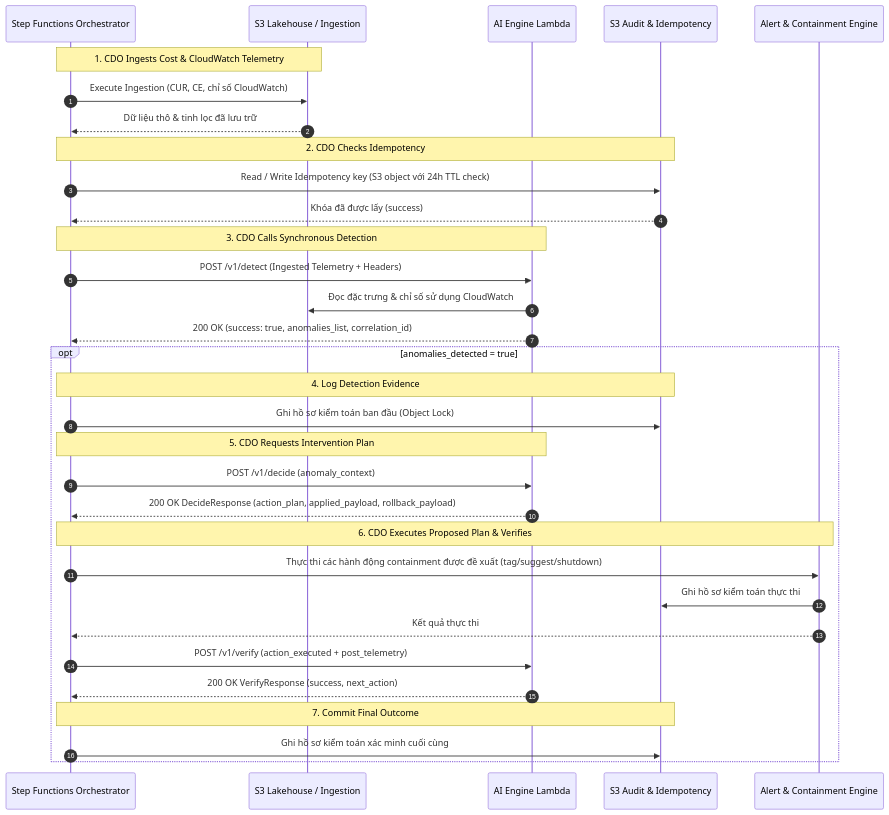
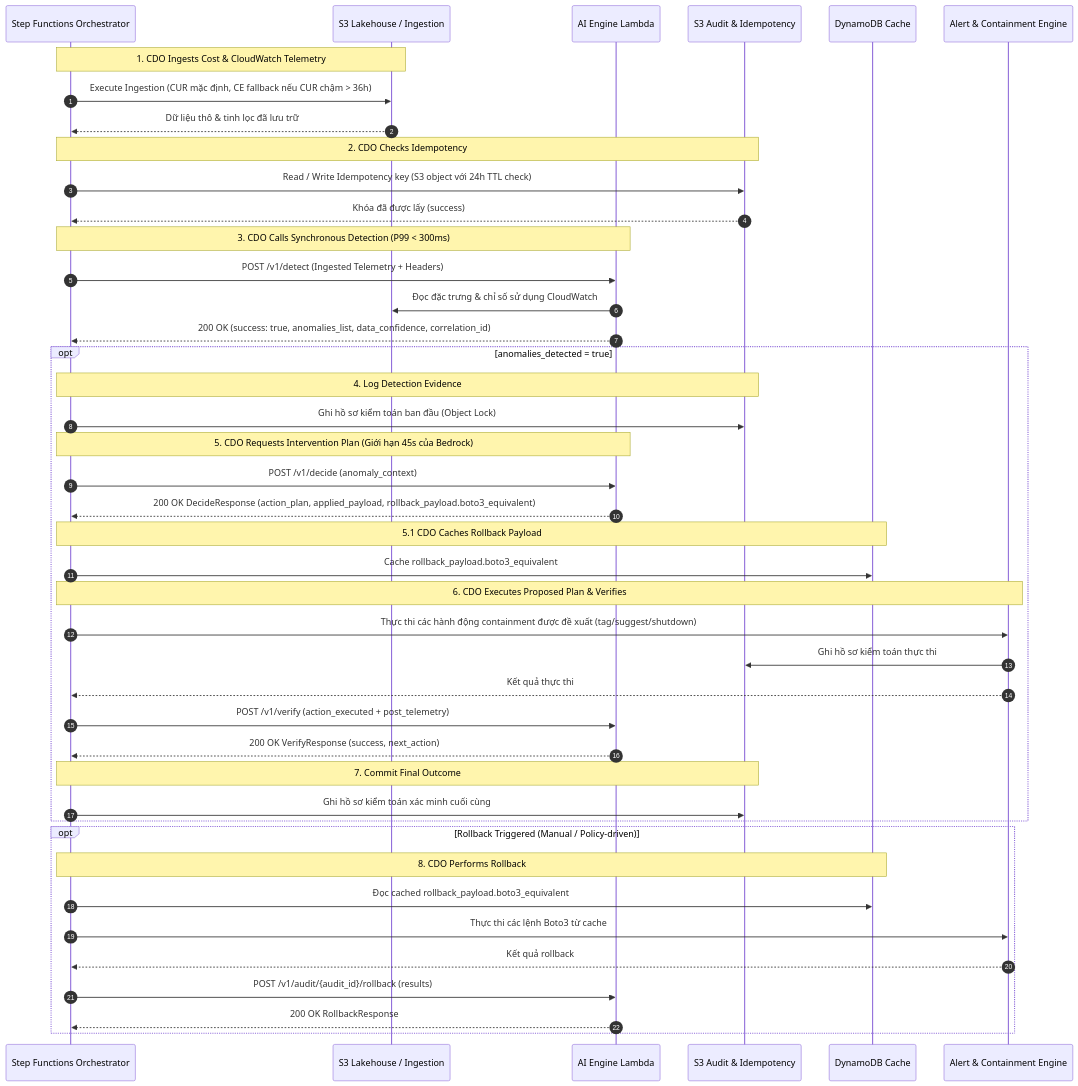
Before and after one commit to hungxqt/tf2-finops-docs: the sixth of 6 diagrams in docs/tf2-finops/02_infra_design_vi.md, drawn with Mermaid. The commit also changed other lines of this file and 24 other files, not shown here.

````diff
--- a/docs/tf2-finops/02_infra_design_vi.md
+++ b/docs/tf2-finops/02_infra_design_vi.md
@@ -264,42 +269,55 @@
 ```mermaid
 sequenceDiagram
     autonumber
     participant SF as Step Functions Orchestrator
     participant Lake as S3 Lakehouse / Ingestion
     participant AI as AI Engine Lambda
     participant S3 as S3 Audit & Idempotency
+    participant DDB as DynamoDB Cache
     participant Cont as Alert & Containment Engine
 
     Note over SF, Lake: 1. CDO Ingests Cost & CloudWatch Telemetry
-    SF->>Lake: Execute Ingestion (CUR, CE, chỉ số CloudWatch)
+    SF->>Lake: Execute Ingestion (CUR mặc định, CE fallback nếu CUR chậm > 36h)
     Lake-->>SF: Dữ liệu thô & tinh lọc đã lưu trữ
     
     Note over SF, S3: 2. CDO Checks Idempotency
     SF->>S3: Read / Write Idempotency key (S3 object với 24h TTL check)
     S3-->>SF: Khóa đã được lấy (success)
     
-    Note over SF, AI: 3. CDO Calls Synchronous Detection
+    Note over SF, AI: 3. CDO Calls Synchronous Detection (P99 < 300ms)
     SF->>AI: POST /v1/detect (Ingested Telemetry + Headers)
     AI->>Lake: Đọc đặc trưng & chỉ số sử dụng CloudWatch
-    AI-->>SF: 200 OK (success: true, anomalies_list, correlation_id)
+    AI-->>SF: 200 OK (success: true, anomalies_list, data_confidence, correlation_id)
     
     opt anomalies_detected = true
         Note over SF, S3: 4. Log Detection Evidence
         SF->>S3: Ghi hồ sơ kiểm toán ban đầu (Object Lock)
         
-        Note over SF, AI: 5. CDO Requests Intervention Plan
+        Note over SF, AI: 5. CDO Requests Intervention Plan (Giới hạn 45s của Bedrock)
         SF->>AI: POST /v1/decide (anomaly_context)
-        AI-->>SF: 200 OK DecideResponse (action_plan, applied_payload, rollback_payload)
+        AI-->>SF: 200 OK DecideResponse (action_plan, applied_payload, rollback_payload.boto3_equivalent)
+        
+        Note over SF, DDB: 5.1 CDO Caches Rollback Payload
+        SF->>DDB: Cache rollback_payload.boto3_equivalent
         
         Note over SF, Cont: 6. CDO Executes Proposed Plan & Verifies
         SF->>Cont: Thực thi các hành động containment được đề xuất (tag/suggest/shutdown)
         Cont->>S3: Ghi hồ sơ kiểm toán thực thi
         Cont-->>SF: Kết quả thực thi
         
         SF->>AI: POST /v1/verify (action_executed + post_telemetry)
         AI-->>SF: 200 OK VerifyResponse (success, next_action)
         
         Note over SF, S3: 7. Commit Final Outcome
         SF->>S3: Ghi hồ sơ kiểm toán xác minh cuối cùng
     end
+
+    opt Rollback Triggered (Manual / Policy-driven)
+        Note over SF, DDB: 8. CDO Performs Rollback
+        SF->>DDB: Đọc cached rollback_payload.boto3_equivalent
+        SF->>Cont: Thực thi các lệnh Boto3 từ cache
+        Cont-->>SF: Kết quả rollback
+        SF->>AI: POST /v1/audit/{audit_id}/rollback (results)
+        AI-->>SF: 200 OK RollbackResponse
+    end
 ```
````
